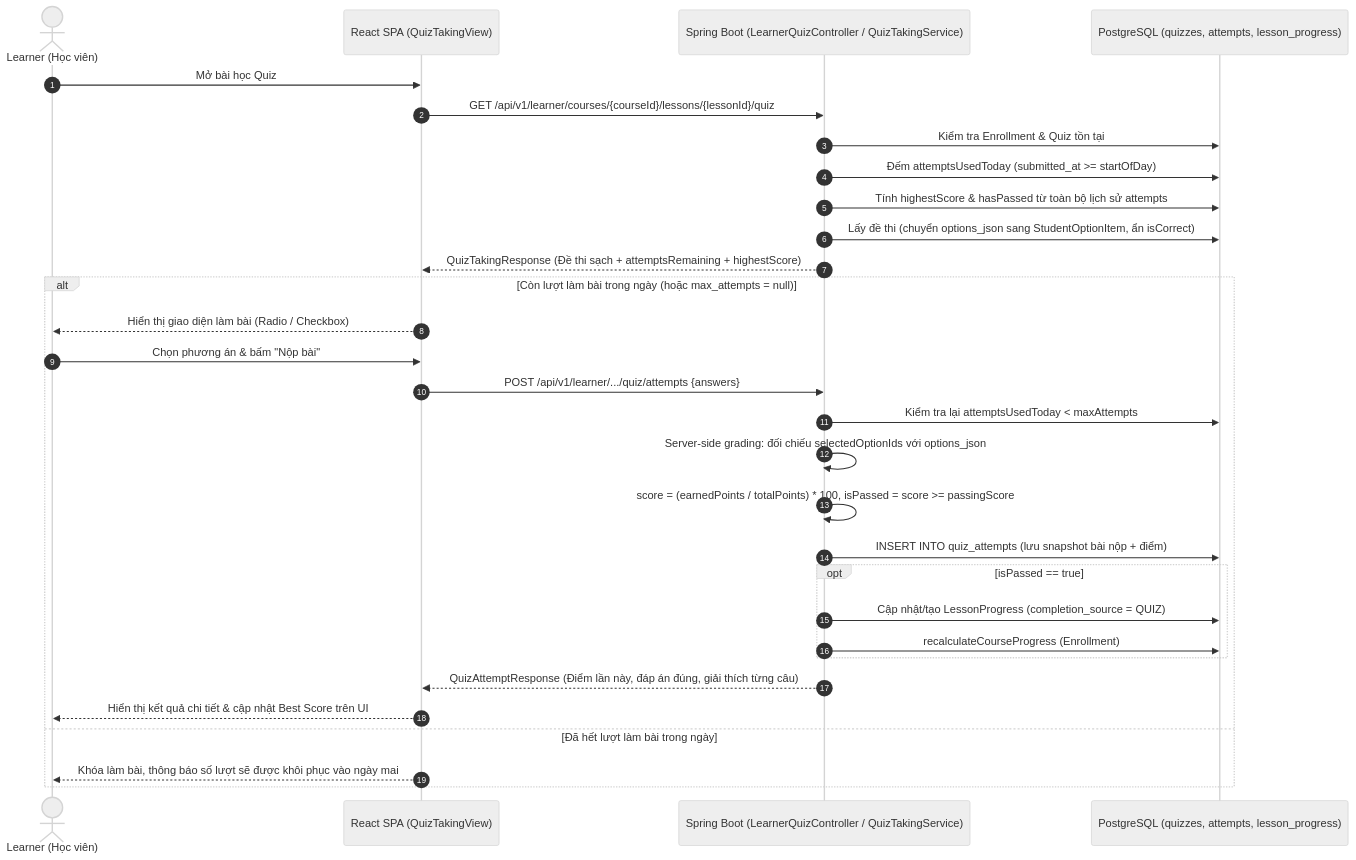
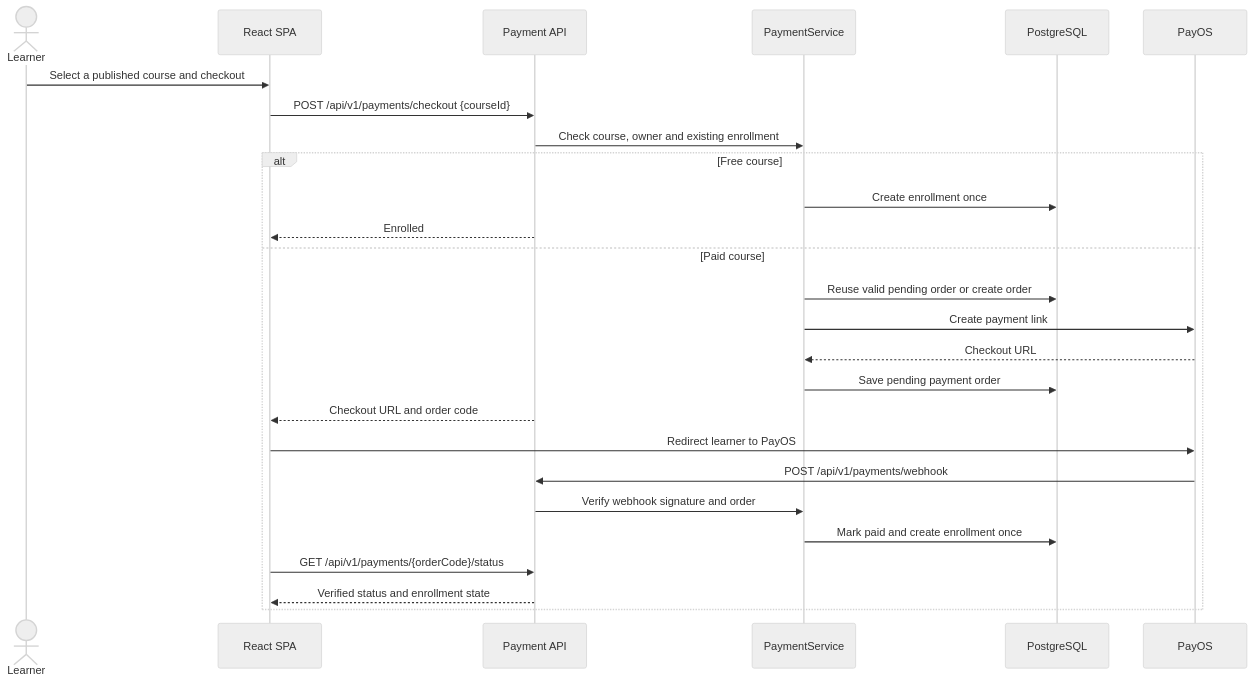
Before and after one commit to The3Idiots01/ELearning: the third of 3 diagrams in docs/lld.md, drawn with Mermaid (neutral theme). The commit also changed other lines of this file and 5 other files, not shown here.

````diff
--- a/docs/lld.md
+++ b/docs/lld.md
@@ -123,34 +98,29 @@
 ```mermaid
 sequenceDiagram
-    autonumber
-    actor U as Learner (Học viên)
-    participant FE as React SPA (QuizTakingView)
-    participant BE as Spring Boot (LearnerQuizController / QuizTakingService)
-    participant DB as PostgreSQL (quizzes, attempts, lesson_progress)
+    actor L as Learner
+    participant FE as React SPA
+    participant API as Payment API
+    participant S as PaymentService
+    participant DB as PostgreSQL
+    participant P as PayOS
 
-    U->>FE: Mở bài học Quiz
-    FE->>BE: GET /api/v1/learner/courses/{courseId}/lessons/{lessonId}/quiz
-    BE->>DB: Kiểm tra Enrollment & Quiz tồn tại
-    BE->>DB: Đếm attemptsUsedToday (submitted_at >= startOfDay)
-    BE->>DB: Tính highestScore & hasPassed từ toàn bộ lịch sử attempts
-    BE->>DB: Lấy đề thi (chuyển options_json sang StudentOptionItem, ẩn isCorrect)
-    BE-->>FE: QuizTakingResponse (Đề thi sạch + attemptsRemaining + highestScore)
-
-    alt Còn lượt làm bài trong ngày (hoặc max_attempts = null)
-        FE-->>U: Hiển thị giao diện làm bài (Radio / Checkbox)
-        U->>FE: Chọn phương án & bấm "Nộp bài"
-        FE->>BE: POST /api/v1/learner/.../quiz/attempts {answers}
-        BE->>DB: Kiểm tra lại attemptsUsedToday < maxAttempts
-        BE->>BE: Server-side grading: đối chiếu selectedOptionIds với options_json
-        BE->>BE: score = (earnedPoints / totalPoints) * 100, isPassed = score >= passingScore
-        BE->>DB: INSERT INTO quiz_attempts (lưu snapshot bài nộp + điểm)
-        opt isPassed == true
-            BE->>DB: Cập nhật/tạo LessonProgress (completion_source = QUIZ)
-            BE->>DB: recalculateCourseProgress (Enrollment)
-        end
-        BE-->>FE: QuizAttemptResponse (Điểm lần này, đáp án đúng, giải thích từng câu)
-        FE-->>U: Hiển thị kết quả chi tiết & cập nhật Best Score trên UI
-    else Đã hết lượt làm bài trong ngày
-        FE-->>U: Khóa làm bài, thông báo số lượt sẽ được khôi phục vào ngày mai
+    L->>FE: Select a published course and checkout
+    FE->>API: POST /api/v1/payments/checkout {courseId}
+    API->>S: Check course, owner and existing enrollment
+    alt Free course
+        S->>DB: Create enrollment once
+        API-->>FE: Enrolled
+    else Paid course
+        S->>DB: Reuse valid pending order or create order
+        S->>P: Create payment link
+        P-->>S: Checkout URL
+        S->>DB: Save pending payment order
+        API-->>FE: Checkout URL and order code
+        FE->>P: Redirect learner to PayOS
+        P->>API: POST /api/v1/payments/webhook
+        API->>S: Verify webhook signature and order
+        S->>DB: Mark paid and create enrollment once
+        FE->>API: GET /api/v1/payments/{orderCode}/status
+        API-->>FE: Verified status and enrollment state
     end
 ```
````
